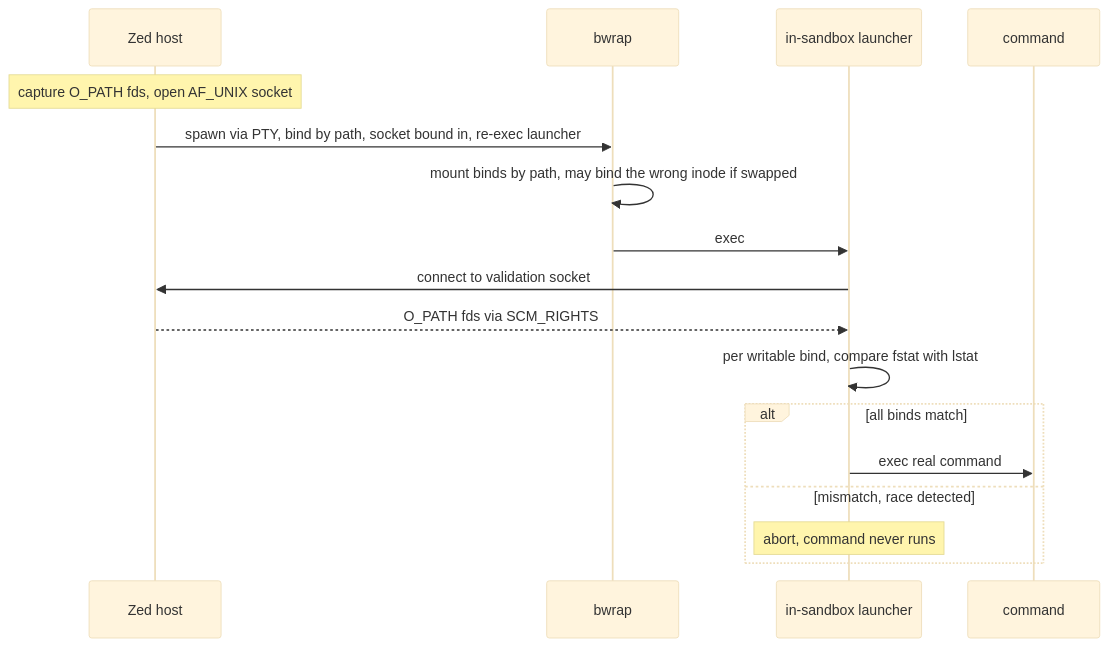
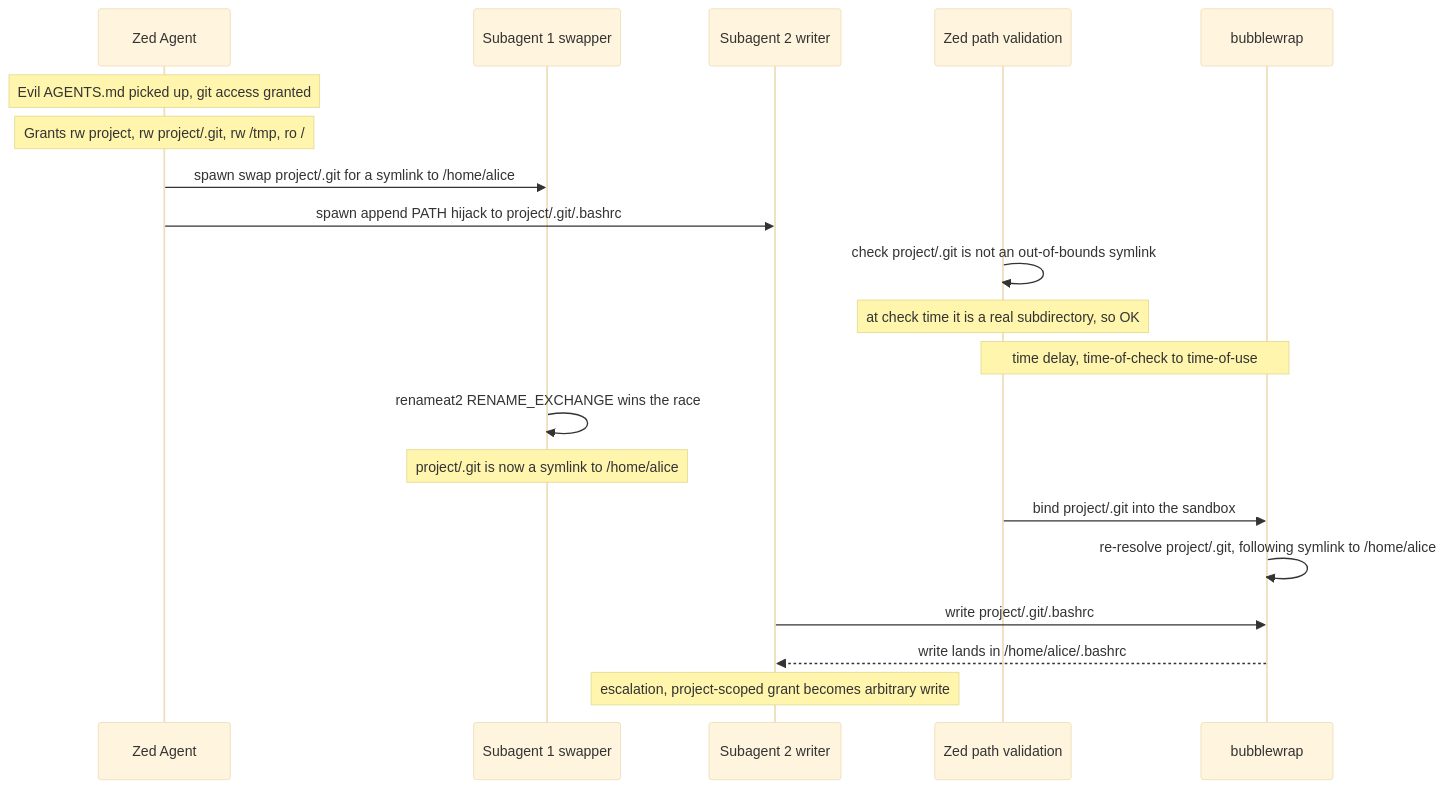
The first of 2 diagrams in crates/sandbox/README.md (zed-industries/zed), drawn with Mermaid (base theme) before and after one commit. The commit also changed other lines of this file, not shown here.

````diff
--- a/crates/sandbox/README.md
+++ b/crates/sandbox/README.md
@@ -289,20 +101,23 @@
 ```mermaid
 sequenceDiagram
-    participant Zed as Zed host
-    participant Bwrap as bwrap
-    participant Launcher as in-sandbox launcher
-    participant Cmd as command
+    participant Agent as Zed Agent
+    participant S1 as Subagent 1 swapper
+    participant S2 as Subagent 2 writer
+    participant Zed as Zed path validation
+    participant BW as bubblewrap
 
-    Note over Zed: capture O_PATH fds, open AF_UNIX socket
-    Zed->>Bwrap: spawn via PTY, bind by path, socket bound in, re-exec launcher
-    Bwrap->>Bwrap: mount binds by path, may bind the wrong inode if swapped
-    Bwrap->>Launcher: exec
-    Launcher->>Zed: connect to validation socket
-    Zed-->>Launcher: O_PATH fds via SCM_RIGHTS
-    Launcher->>Launcher: per writable bind, compare fstat with lstat
-    alt all binds match
-        Launcher->>Cmd: exec real command
-    else mismatch, race detected
-        Note over Launcher: abort, command never runs
-    end
+    Note over Agent: Evil AGENTS.md picked up, git access granted
+    Note over Agent: Grants rw project, rw project/.git, rw /tmp, ro /
+    Agent->>S1: spawn swap project/.git for a symlink to /home/alice
+    Agent->>S2: spawn append PATH hijack to project/.git/.bashrc
+    Zed->>Zed: check project/.git is not an out-of-bounds symlink
+    Note over Zed: at check time it is a real subdirectory, so OK
+    Note over Zed,BW: time delay, time-of-check to time-of-use
+    S1->>S1: renameat2 RENAME_EXCHANGE wins the race
+    Note over S1: project/.git is now a symlink to /home/alice
+    Zed->>BW: bind project/.git into the sandbox
+    BW->>BW: re-resolve project/.git, following symlink to /home/alice
+    S2->>BW: write project/.git/.bashrc
+    BW-->>S2: write lands in /home/alice/.bashrc
+    Note over S2: escalation, project-scoped grant becomes arbitrary write
 ```
````
